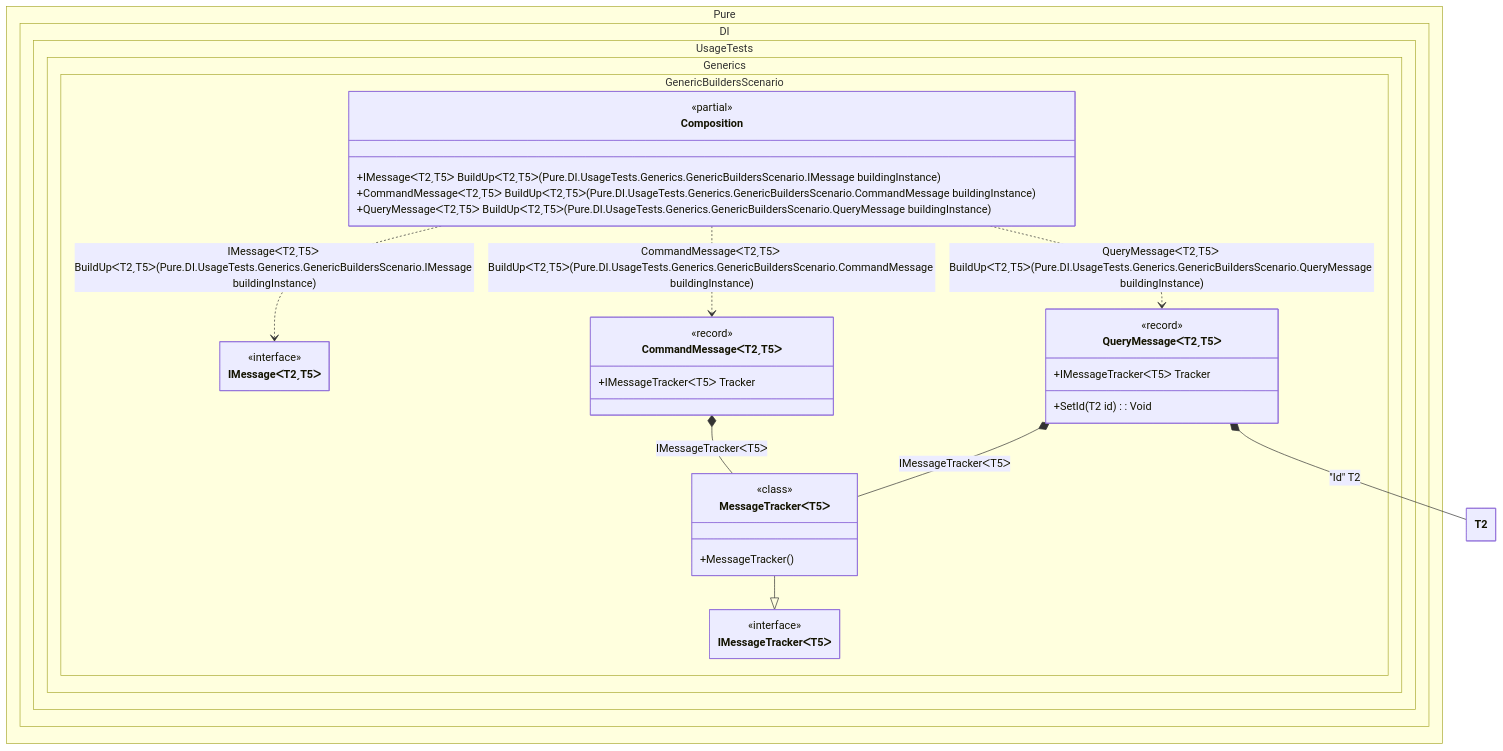
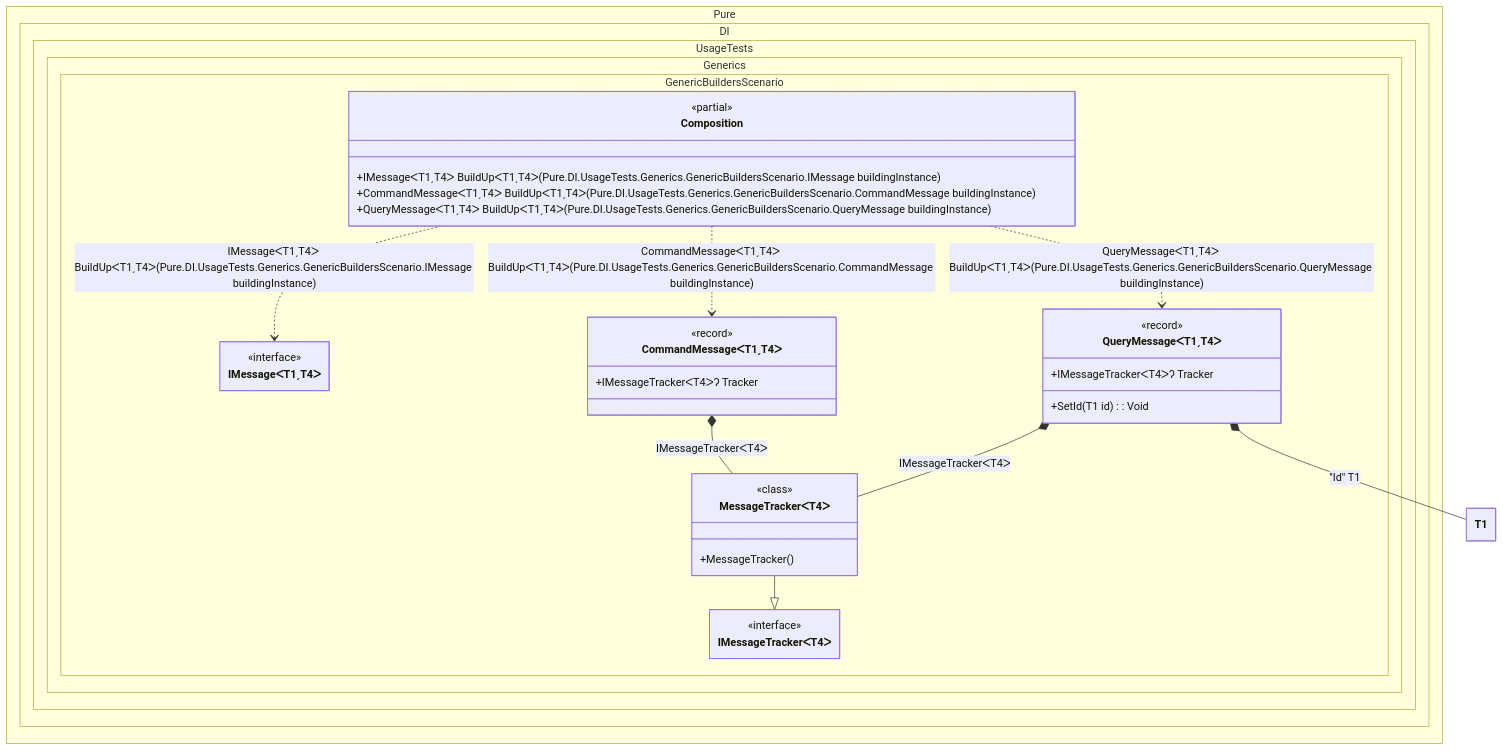
One commit to MaiKuraki/Pure.DI changed the diagram in readme/generic-builders.md. Above: the diagram before and after it, drawn with Mermaid. The commit also changed other lines of this file and 67 other files, not shown here.

````diff
--- a/readme/generic-builders.md
+++ b/readme/generic-builders.md
@@ -168,44 +168,44 @@
 ```mermaid
 ---
  config:
   maxTextSize: 2147483647
   maxEdges: 2147483647
   class:
    hideEmptyMembersBox: true
 ---
 classDiagram
-	MessageTrackerᐸT5ᐳ --|> IMessageTrackerᐸT5ᐳ
-	Composition ..> IMessageᐸT2ˏT5ᐳ : IMessageᐸT2ˏT5ᐳ BuildUpᐸT2ˏT5ᐳ(Pure.DI.UsageTests.Generics.GenericBuildersScenario.IMessage<T2, T5> buildingInstance)
-	Composition ..> CommandMessageᐸT2ˏT5ᐳ : CommandMessageᐸT2ˏT5ᐳ BuildUpᐸT2ˏT5ᐳ(Pure.DI.UsageTests.Generics.GenericBuildersScenario.CommandMessage<T2, T5> buildingInstance)
-	Composition ..> QueryMessageᐸT2ˏT5ᐳ : QueryMessageᐸT2ˏT5ᐳ BuildUpᐸT2ˏT5ᐳ(Pure.DI.UsageTests.Generics.GenericBuildersScenario.QueryMessage<T2, T5> buildingInstance)
-	CommandMessageᐸT2ˏT5ᐳ *--  MessageTrackerᐸT5ᐳ : IMessageTrackerᐸT5ᐳ
-	QueryMessageᐸT2ˏT5ᐳ *--  MessageTrackerᐸT5ᐳ : IMessageTrackerᐸT5ᐳ
-	QueryMessageᐸT2ˏT5ᐳ *--  T2 : "Id"  T2
+	MessageTrackerᐸT4ᐳ --|> IMessageTrackerᐸT4ᐳ
+	Composition ..> IMessageᐸT1ˏT4ᐳ : IMessageᐸT1ˏT4ᐳ BuildUpᐸT1ˏT4ᐳ(Pure.DI.UsageTests.Generics.GenericBuildersScenario.IMessage<T1, T4> buildingInstance)
+	Composition ..> CommandMessageᐸT1ˏT4ᐳ : CommandMessageᐸT1ˏT4ᐳ BuildUpᐸT1ˏT4ᐳ(Pure.DI.UsageTests.Generics.GenericBuildersScenario.CommandMessage<T1, T4> buildingInstance)
+	Composition ..> QueryMessageᐸT1ˏT4ᐳ : QueryMessageᐸT1ˏT4ᐳ BuildUpᐸT1ˏT4ᐳ(Pure.DI.UsageTests.Generics.GenericBuildersScenario.QueryMessage<T1, T4> buildingInstance)
+	CommandMessageᐸT1ˏT4ᐳ *--  MessageTrackerᐸT4ᐳ : IMessageTrackerᐸT4ᐳ
+	QueryMessageᐸT1ˏT4ᐳ *--  MessageTrackerᐸT4ᐳ : IMessageTrackerᐸT4ᐳ
+	QueryMessageᐸT1ˏT4ᐳ *--  T1 : "Id"  T1
 	namespace Pure.DI.UsageTests.Generics.GenericBuildersScenario {
-		class CommandMessageᐸT2ˏT5ᐳ {
+		class CommandMessageᐸT1ˏT4ᐳ {
 				<<record>>
-			+IMessageTrackerᐸT5ᐳ Tracker
+			+IMessageTrackerᐸT4ᐳɁ Tracker
 		}
 		class Composition {
 		<<partial>>
-		+IMessageᐸT2ˏT5ᐳ BuildUpᐸT2ˏT5ᐳ(Pure.DI.UsageTests.Generics.GenericBuildersScenario.IMessage<T2, T5> buildingInstance)
-		+CommandMessageᐸT2ˏT5ᐳ BuildUpᐸT2ˏT5ᐳ(Pure.DI.UsageTests.Generics.GenericBuildersScenario.CommandMessage<T2, T5> buildingInstance)
-		+QueryMessageᐸT2ˏT5ᐳ BuildUpᐸT2ˏT5ᐳ(Pure.DI.UsageTests.Generics.GenericBuildersScenario.QueryMessage<T2, T5> buildingInstance)
+		+IMessageᐸT1ˏT4ᐳ BuildUpᐸT1ˏT4ᐳ(Pure.DI.UsageTests.Generics.GenericBuildersScenario.IMessage<T1, T4> buildingInstance)
+		+CommandMessageᐸT1ˏT4ᐳ BuildUpᐸT1ˏT4ᐳ(Pure.DI.UsageTests.Generics.GenericBuildersScenario.CommandMessage<T1, T4> buildingInstance)
+		+QueryMessageᐸT1ˏT4ᐳ BuildUpᐸT1ˏT4ᐳ(Pure.DI.UsageTests.Generics.GenericBuildersScenario.QueryMessage<T1, T4> buildingInstance)
 		}
-		class IMessageTrackerᐸT5ᐳ {
+		class IMessageTrackerᐸT4ᐳ {
 			<<interface>>
 		}
-		class IMessageᐸT2ˏT5ᐳ {
+		class IMessageᐸT1ˏT4ᐳ {
 				<<interface>>
 		}
-		class MessageTrackerᐸT5ᐳ {
+		class MessageTrackerᐸT4ᐳ {
 				<<class>>
 			+MessageTracker()
 		}
-		class QueryMessageᐸT2ˏT5ᐳ {
+		class QueryMessageᐸT1ˏT4ᐳ {
 				<<record>>
-			+IMessageTrackerᐸT5ᐳ Tracker
-			+SetId(T2 id) : Void
+			+IMessageTrackerᐸT4ᐳɁ Tracker
+			+SetId(T1 id) : Void
 		}
 	}
 ```
````
